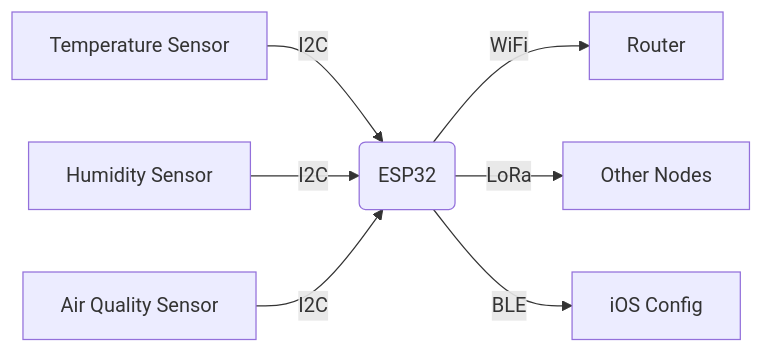
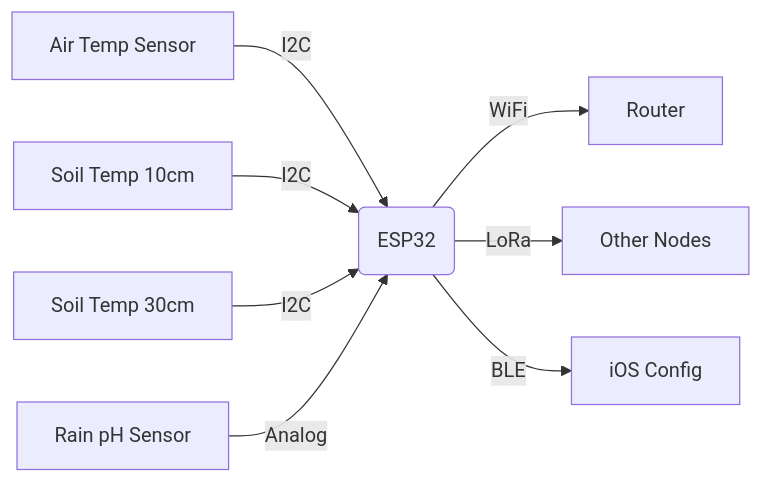
Before and after one commit to codeSnapped-LLC/environmental-monitor: the second of 2 diagrams in README.md, drawn with Mermaid. The commit also changed other lines of this file, not shown here.

Commit message:
docs: update README with new sensor details in mermaid diagrams

````diff
--- a/README.md
+++ b/README.md
@@ -42,9 +52,10 @@
 ```mermaid
 graph LR
-    A[Temperature Sensor] -->|I2C| B(ESP32)
-    C[Humidity Sensor] -->|I2C| B
-    D[Air Quality Sensor] -->|I2C| B
-    B -->|WiFi| E[Router]
-    B -->|LoRa| F[Other Nodes]
-    B -->|BLE| G[iOS Config]
+    A[Air Temp Sensor] -->|I2C| B(ESP32)
+    C[Soil Temp 10cm] -->|I2C| B
+    D[Soil Temp 30cm] -->|I2C| B
+    E[Rain pH Sensor] -->|Analog| B
+    B -->|WiFi| F[Router]
+    B -->|LoRa| G[Other Nodes]
+    B -->|BLE| H[iOS Config]
 ```
````
